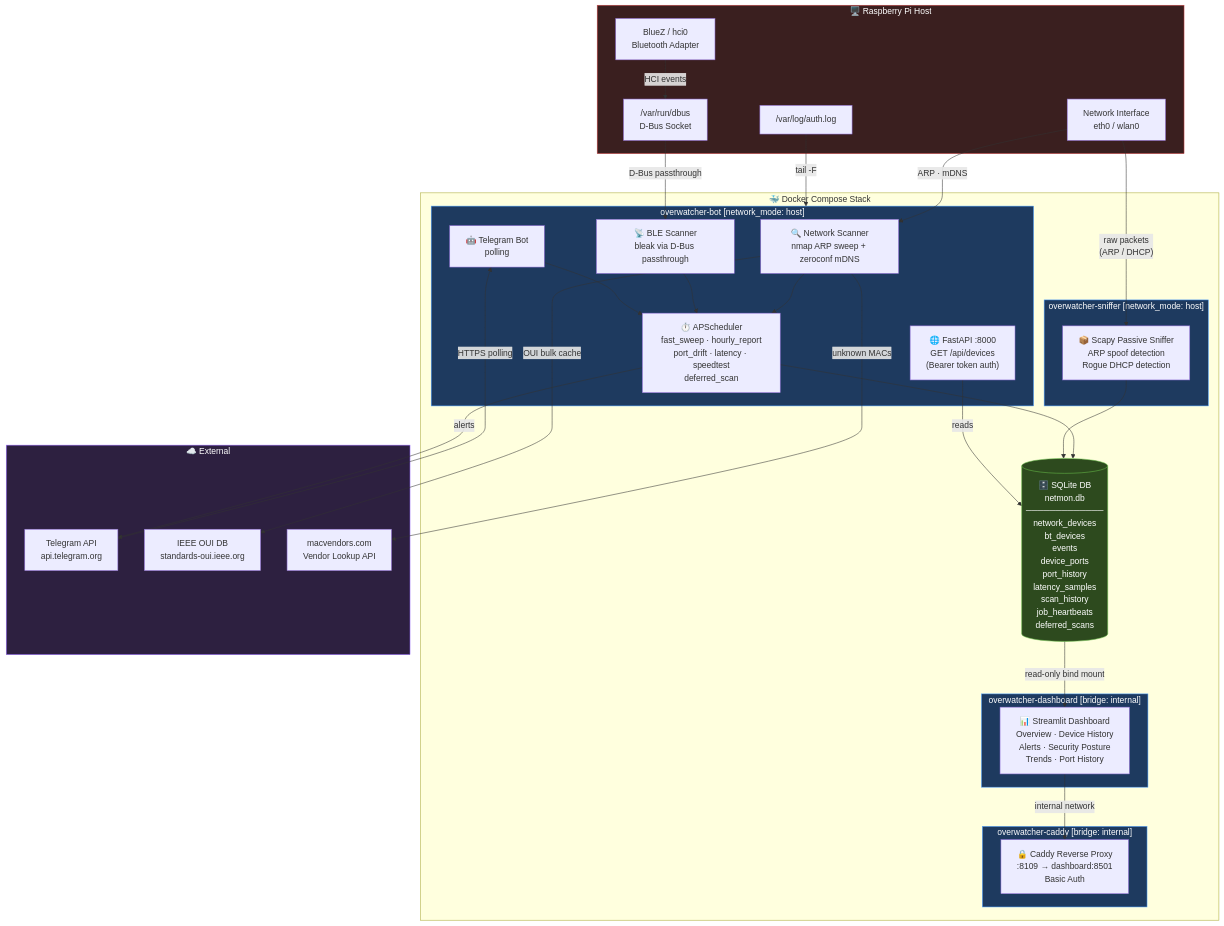
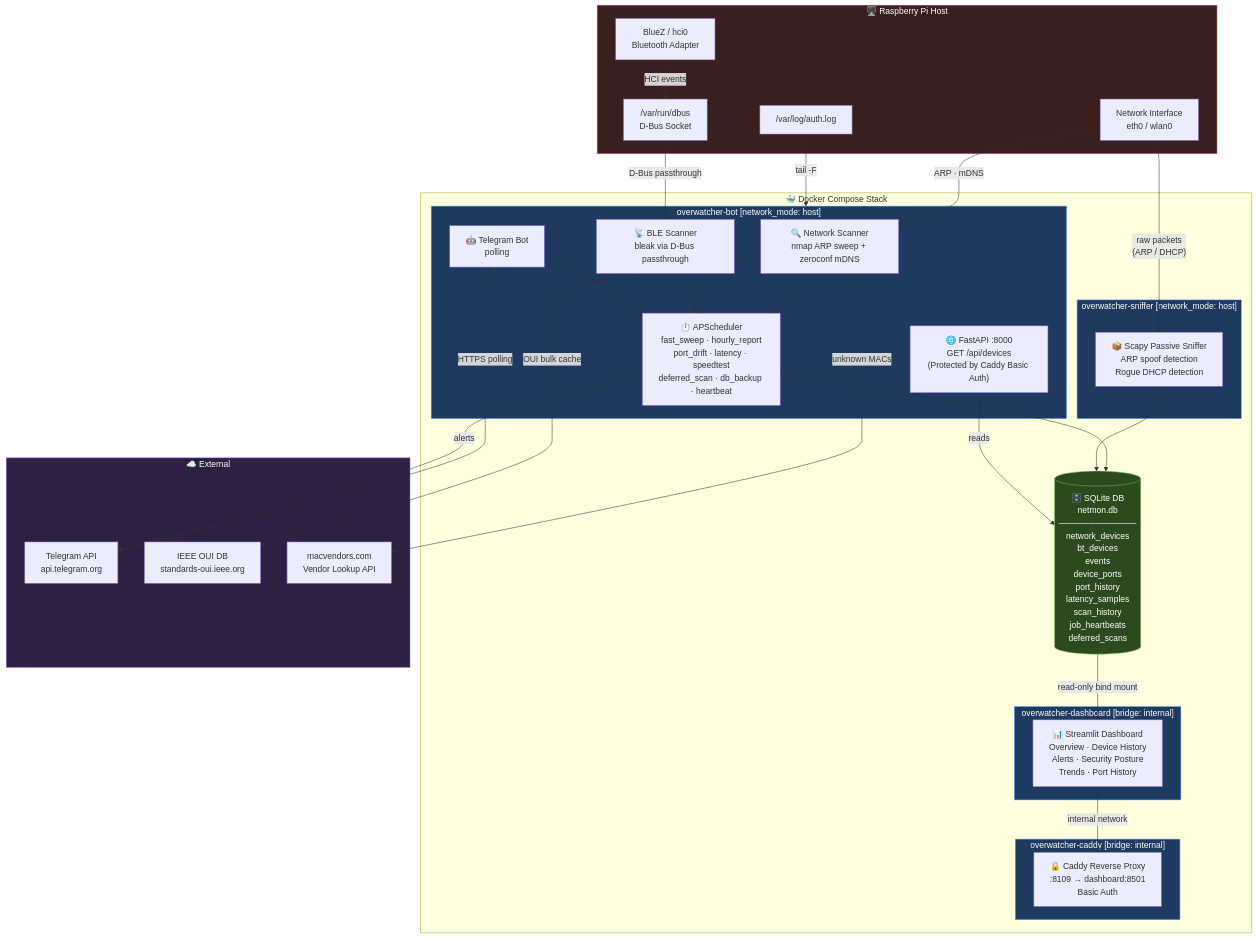
One commit to AbhiPra24/OverwatcherPI changed the diagram in README.md. Above: the diagram before and after it, drawn with Mermaid. The commit also changed other lines of this file, not shown here.

Commit message:
docs: Update README with reliability roadmap features and updated architecture

````diff
--- a/README.md
+++ b/README.md
@@ -9,82 +9,82 @@
 ```mermaid
 flowchart TD
     subgraph HOST["🖥️ Raspberry Pi Host"]
         BT["BlueZ / hci0\nBluetooth Adapter"]
         NIC["Network Interface\neth0 / wlan0"]
         DBUS["/var/run/dbus\nD-Bus Socket"]
         AUTHLOG["/var/log/auth.log"]
     end
 
     subgraph DOCKER["🐳 Docker Compose Stack"]
 
         subgraph BOT["overwatcher-bot  [network_mode: host]"]
             NMAP["🔍 Network Scanner\nnmap ARP sweep + zeroconf mDNS"]
             BLE["📡 BLE Scanner\nbleak via D-Bus passthrough"]
-            SCHED["⏱️ APScheduler\nfast_sweep · hourly_report\nport_drift · latency · speedtest\ndeferred_scan"]
-            API["🌐 FastAPI :8000\nGET /api/devices\n(Bearer token auth)"]
+            SCHED["⏱️ APScheduler\nfast_sweep · hourly_report\nport_drift · latency · speedtest\ndeferred_scan · db_backup · heartbeat"]
+            API["🌐 FastAPI :8000\nGET /api/devices\n(Protected by Caddy Basic Auth)"]
             TGBOT["🤖 Telegram Bot\npolling"]
         end
 
         subgraph SNIFFER["overwatcher-sniffer  [network_mode: host]"]
             SCAPY["📦 Scapy Passive Sniffer\nARP spoof detection\nRogue DHCP detection"]
         end
 
         subgraph DASH["overwatcher-dashboard  [bridge: internal]"]
             STREAMLIT["📊 Streamlit Dashboard\nOverview · Device History\nAlerts · Security Posture\nTrends · Port History"]
         end
 
         subgraph PROXY["overwatcher-caddy  [bridge: internal]"]
             CADDY["🔒 Caddy Reverse Proxy\n:8109 → dashboard:8501\nBasic Auth"]
         end
 
         DB[("🗄️ SQLite DB\nnetmon.db\n─────────────\nnetwork_devices\nbt_devices\nevents\ndevice_ports\nport_history\nlatency_samples\nscan_history\njob_heartbeats\ndeferred_scans")]
     end
 
     subgraph EXTERNAL["☁️ External"]
         TG["Telegram API\napi.telegram.org"]
         OUI["IEEE OUI DB\nstandards-oui.ieee.org"]
         MV["macvendors.com\nVendor Lookup API"]
     end
 
     %% Host → Bot
     NIC -->|"ARP · mDNS"| NMAP
     BT -->|"HCI events"| DBUS
     DBUS -->|"D-Bus passthrough"| BLE
     AUTHLOG -->|"tail -F"| BOT
 
     %% Host → Sniffer
     NIC -->|"raw packets\n(ARP / DHCP)"| SCAPY
 
     %% Bot internals
     NMAP --> SCHED
     BLE --> SCHED
     SCHED --> DB
     SCAPY --> DB
     TGBOT --> SCHED
 
     %% DB → Dashboard
     DB -->|"read-only bind mount"| STREAMLIT
 
     %% Dashboard → Caddy → User
     STREAMLIT -->|"internal network"| CADDY
 
     %% Bot ↔ Telegram
     TGBOT <-->|"HTTPS polling"| TG
     SCHED -->|"alerts"| TG
 
     %% External enrichment
     NMAP -->|"OUI bulk cache"| OUI
     NMAP -->|"unknown MACs"| MV
 
     %% API
     API -->|"reads"| DB
 
     classDef container fill:#1e3a5f,stroke:#4a9eff,color:#fff
     classDef db fill:#2d4a1e,stroke:#6abf4b,color:#fff
     classDef host fill:#3a1f1f,stroke:#cc4444,color:#fff
     classDef external fill:#2d2040,stroke:#9b6eff,color:#fff
     class BOT,SNIFFER,DASH,PROXY container
     class DB db
     class HOST host
     class EXTERNAL external
 ```
````
